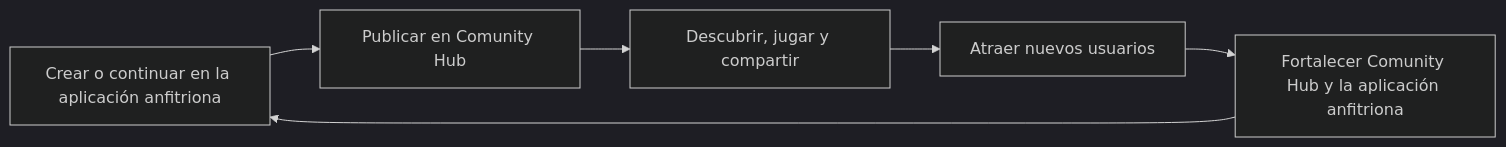
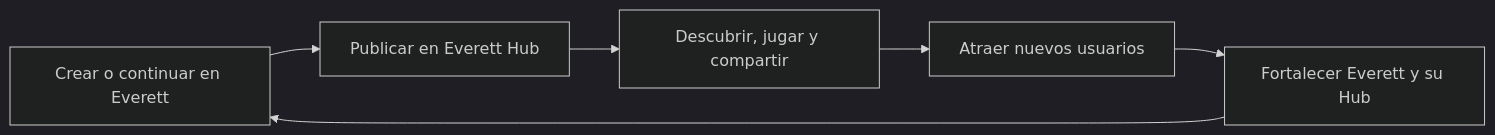
Before and after one commit to GabrielSotto/Everett: the diagram in docs/hub/foundation-v0.md, drawn with Mermaid (dark theme). The commit also changed other lines of this file and 7 other files, not shown here.

Commit message:
docs: alinear el Hub con el producto Everett

````diff
--- a/docs/hub/foundation-v0.md
+++ b/docs/hub/foundation-v0.md
@@ -172,8 +170,8 @@
 ```mermaid
 flowchart LR
-    A["Crear o continuar en la aplicación anfitriona"] --> B["Publicar en Comunity Hub"]
+    A["Crear o continuar en Everett"] --> B["Publicar en Everett Hub"]
     B --> C["Descubrir, jugar y compartir"]
     C --> D["Atraer nuevos usuarios"]
-    D --> E["Fortalecer Comunity Hub y la aplicación anfitriona"]
+    D --> E["Fortalecer Everett y su Hub"]
     E --> A
 ```
````
